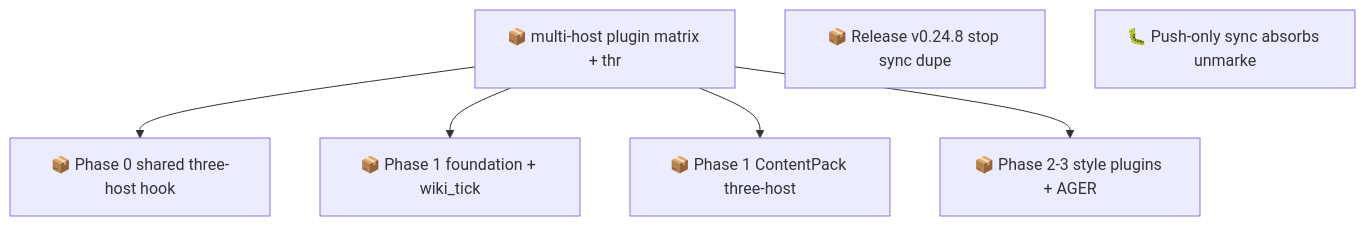
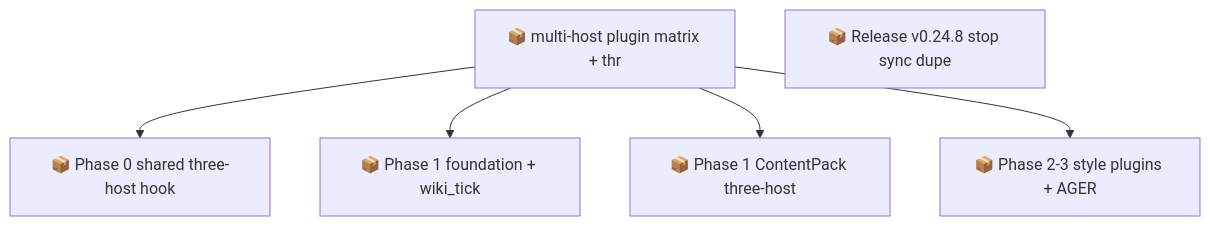
The second of 2 diagrams in docs/roadmap.md (SpillwaveSolutions/wiki_ticket_sdd), drawn with Mermaid before and after one commit. The commit also changed other lines of this file and 8 other files, not shown here.

First line of the commit message:
chore: close 01M12FX1MV11180BVA967VQBYP after #386

````diff
--- a/docs/roadmap.md
+++ b/docs/roadmap.md
@@ -77,14 +75,13 @@
 ```mermaid
 graph TD
     01M0KCDKJRAZYMWDD9PFGHC6XY["📦 multi-host plugin matrix + thr"]
     01M0KCDV5GP8BMZT142MMAPAG7["📦 Phase 0 shared three-host hook"]
     01M0KCDV7AQEQ61TA2MYN3M5C3["📦 Phase 1 foundation + wiki_tick"]
     01M0KCDV94P4YPBXJXQZNNGQTM["📦 Phase 1 ContentPack three-host"]
     01M0KCDVAYS67SPN8FHAYY4DWX["📦 Phase 2-3 style plugins + AGER"]
     01M106V1CN004P95YGSKXX69Q3["📦 Release v0.24.8 stop sync dupe"]
-    01M12FX1MV11180BVA967VQBYP["🐛 Push-only sync absorbs unmarke"]
     01M0KCDKJRAZYMWDD9PFGHC6XY --> 01M0KCDV5GP8BMZT142MMAPAG7
     01M0KCDKJRAZYMWDD9PFGHC6XY --> 01M0KCDV7AQEQ61TA2MYN3M5C3
     01M0KCDKJRAZYMWDD9PFGHC6XY --> 01M0KCDV94P4YPBXJXQZNNGQTM
     01M0KCDKJRAZYMWDD9PFGHC6XY --> 01M0KCDVAYS67SPN8FHAYY4DWX
 ```
````
